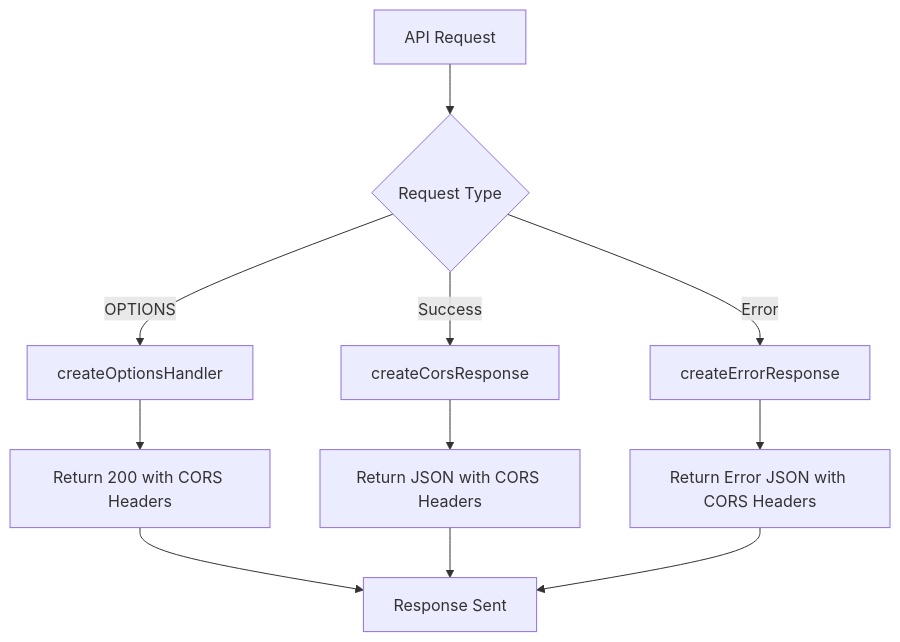
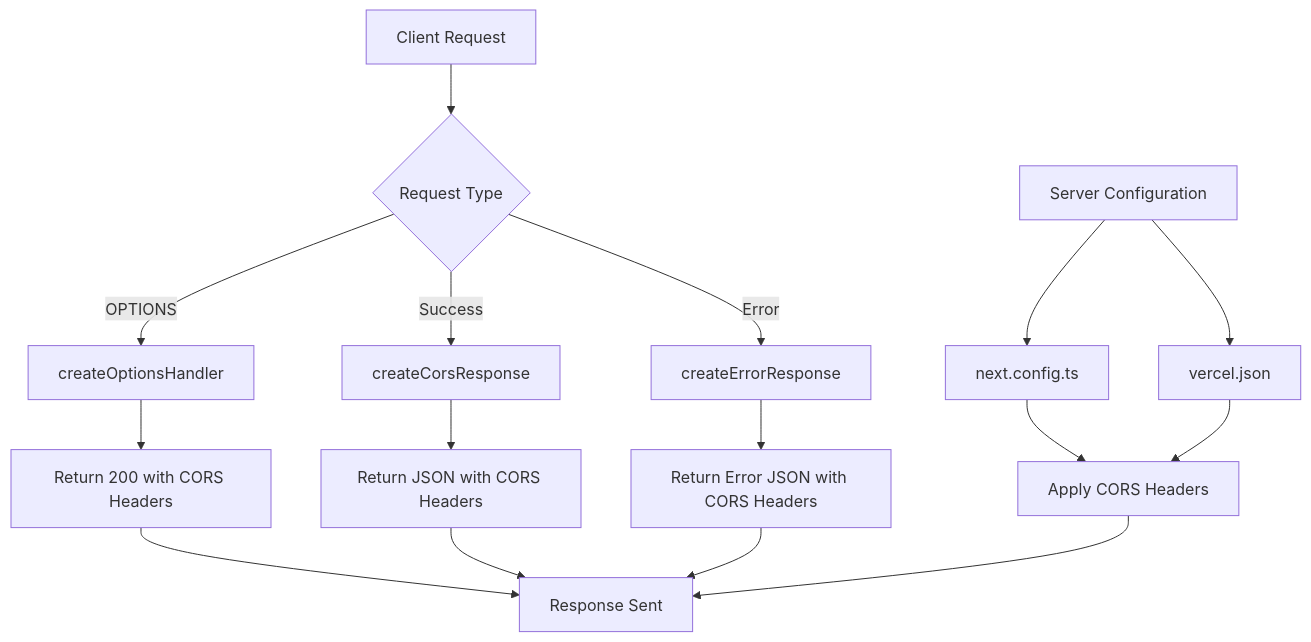
Before and after one commit to lommaks777/pesonalisev2: the second of 2 diagrams in .qoder/repowiki/en/content/HTTP Utilities.md, drawn with Mermaid. The commit also changed other lines of this file and 16 other files, not shown here.

First line of the commit message:
feat(api): add CORS support and default template fallback for persona endpoints

````diff
--- a/.qoder/repowiki/en/content/HTTP Utilities.md
+++ b/.qoder/repowiki/en/content/HTTP Utilities.md
@@ -66,13 +98,18 @@
 ```mermaid
 flowchart TD
-A[API Request] --> B{Request Type}
+A[Client Request] --> B{Request Type}
 B --> |OPTIONS| C[createOptionsHandler]
 B --> |Success| D[createCorsResponse]
 B --> |Error| E[createErrorResponse]
 C --> F[Return 200 with CORS Headers]
 D --> G[Return JSON with CORS Headers]
 E --> H[Return Error JSON with CORS Headers]
 F --> I[Response Sent]
 G --> I
 H --> I
+J[Server Configuration] --> K[next.config.ts]
+J --> L[vercel.json]
+K --> M[Apply CORS Headers]
+L --> M
+M --> I
 ```
````
